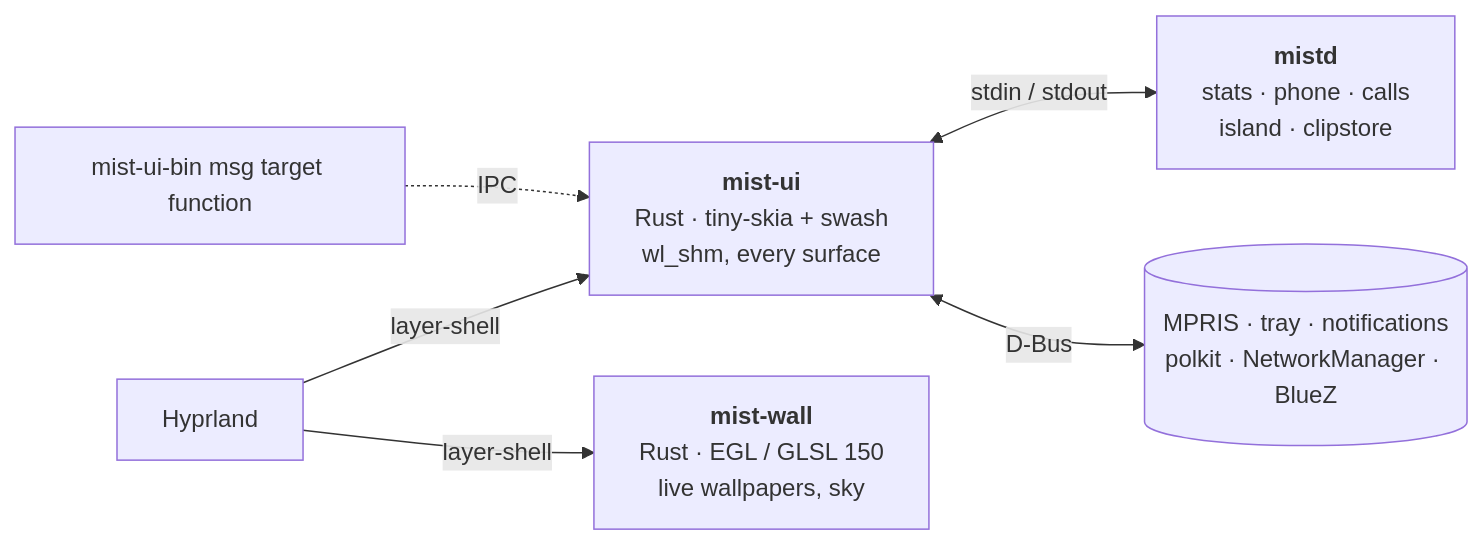
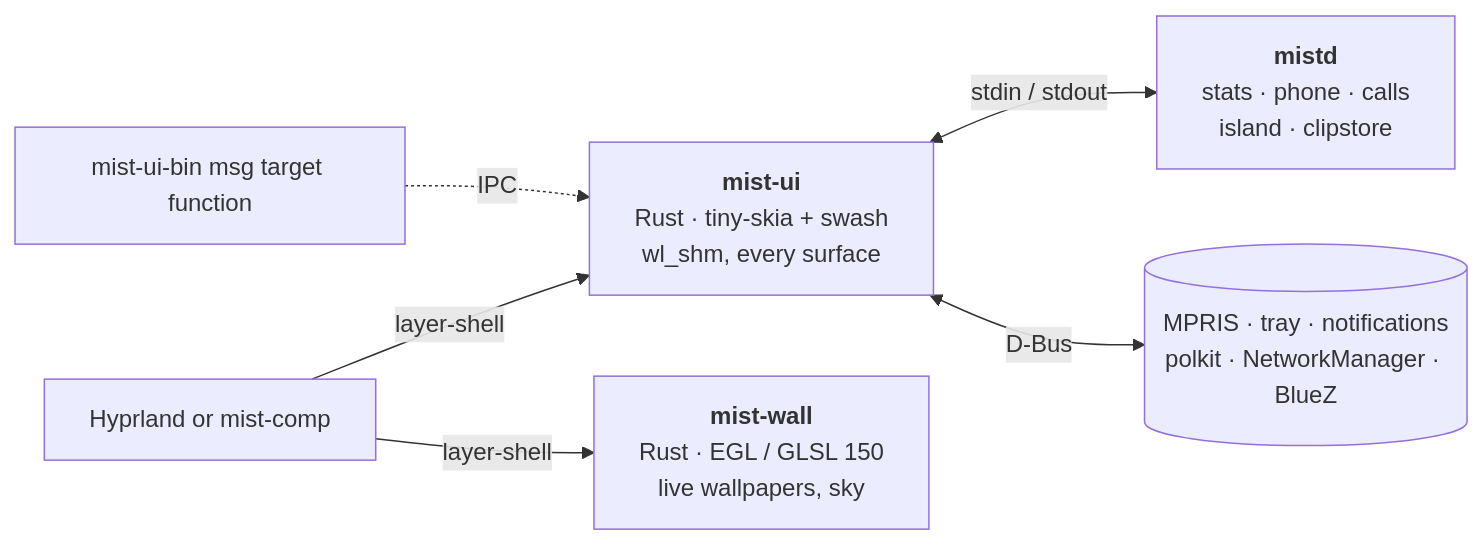
Before and after one commit to wiktor-jozwiak/mist: the diagram in README.md, drawn with Mermaid. The commit also changed other lines of this file and 1 other file, not shown here.

Commit message:
README (en, pl): snapping row, mist-comp features, either compositor, nested test runner

````diff
--- a/README.md
+++ b/README.md
@@ -141,8 +142,8 @@
 ```mermaid
 flowchart LR
-    H[Hyprland] -- layer-shell --> UI["<b>mist-ui</b><br/>Rust · tiny-skia + swash<br/>wl_shm, every surface"]
+    H["Hyprland or mist-comp"] -- layer-shell --> UI["<b>mist-ui</b><br/>Rust · tiny-skia + swash<br/>wl_shm, every surface"]
     H -- layer-shell --> W["<b>mist-wall</b><br/>Rust · EGL / GLSL 150<br/>live wallpapers, sky"]
     UI <-- "stdin / stdout" --> D["<b>mistd</b><br/>stats · phone · calls<br/>island · clipstore"]
     UI <-- D-Bus --> S[(MPRIS · tray · notifications<br/>polkit · NetworkManager · BlueZ)]
     CLI["mist-ui-bin msg target function"] -. IPC .-> UI
 ```
````
